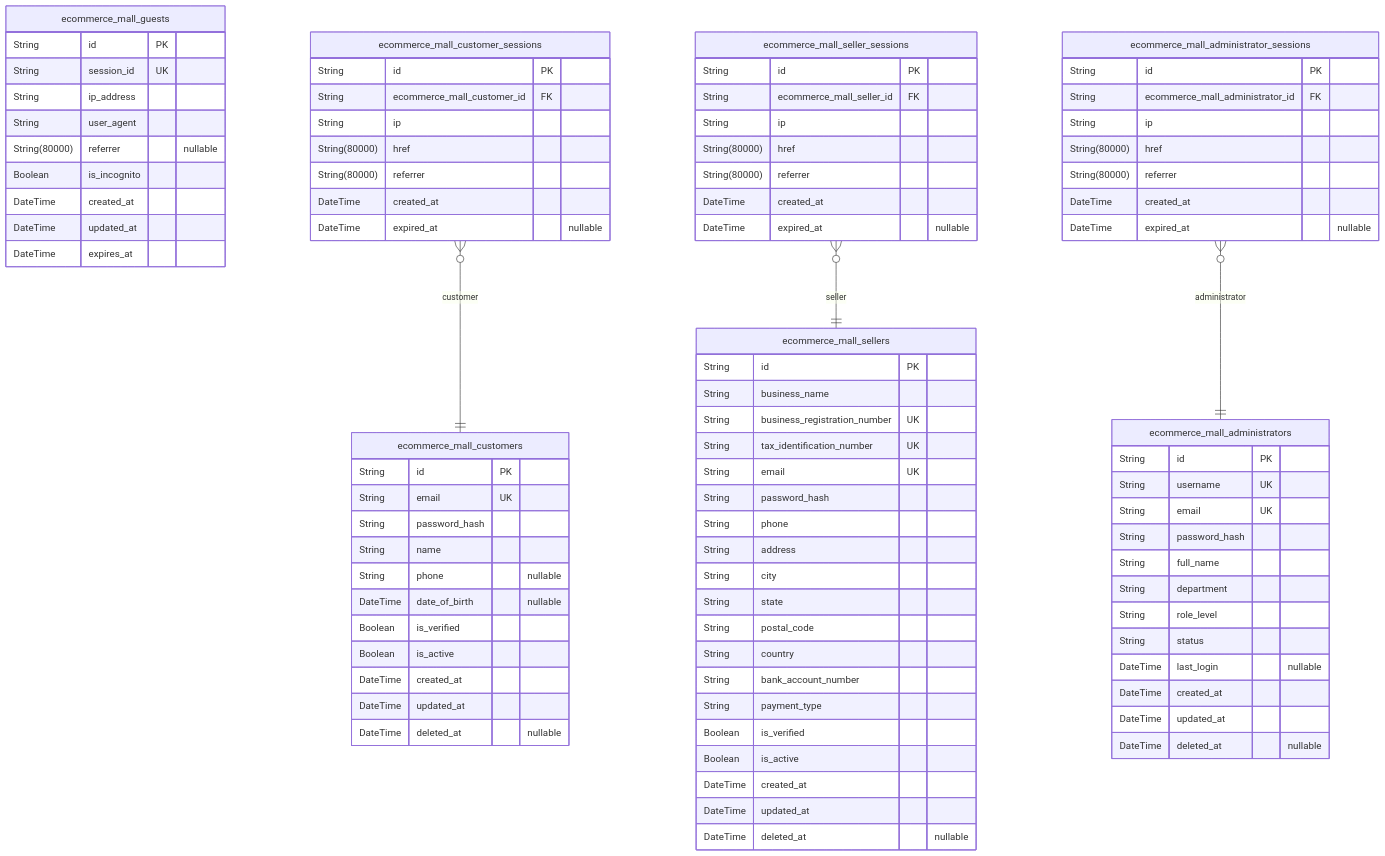
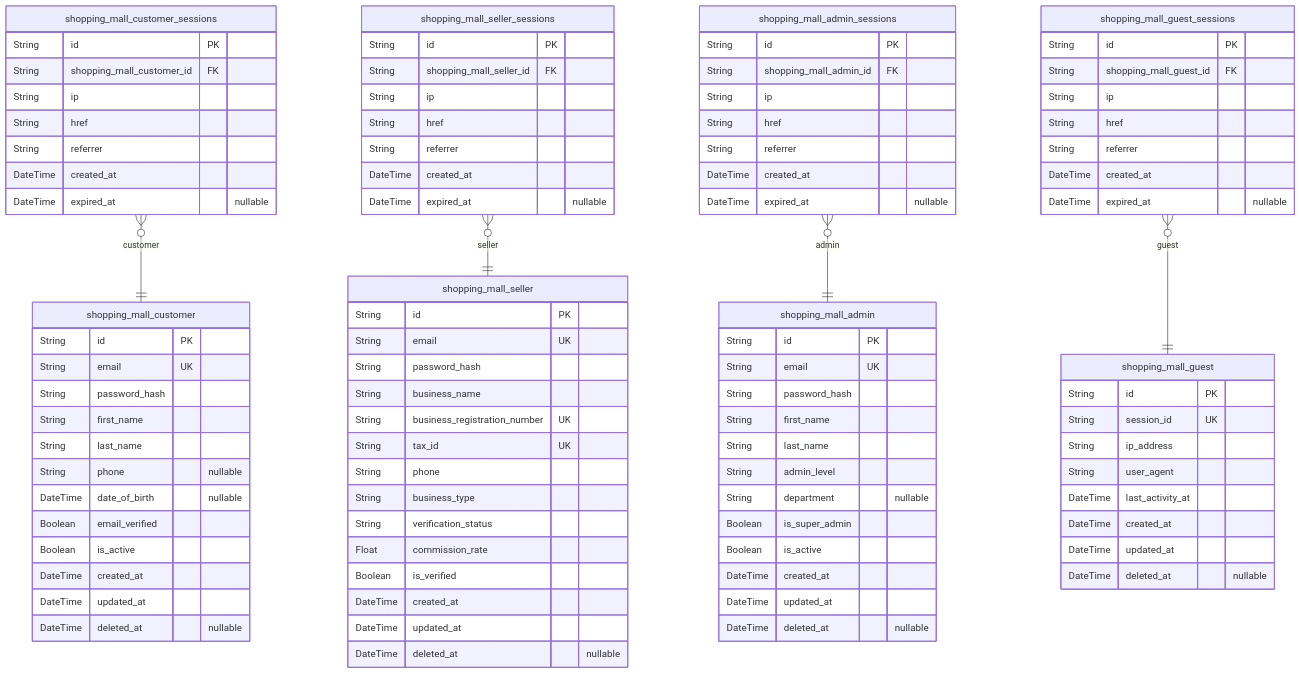
One commit to wrtnlabs/autobe-examples changed the second of 12 diagrams in moonshotai/kimi-k2-0905-exacto/shopping/docs/ERD.md. Above: the diagram before and after it, drawn with Mermaid. The commit also changed other lines of this file and 7173 other files, not shown here.

````diff
--- a/moonshotai/kimi-k2-0905-exacto/shopping/docs/ERD.md
+++ b/moonshotai/kimi-k2-0905-exacto/shopping/docs/ERD.md
@@ -291,92 +512,97 @@
 ```mermaid
 erDiagram
-"ecommerce_mall_customers" {
+"shopping_mall_customer" {
   String id PK
   String email UK
   String password_hash
-  String name
+  String first_name
+  String last_name
   String phone "nullable"
   DateTime date_of_birth "nullable"
-  Boolean is_verified
+  Boolean email_verified
   Boolean is_active
   DateTime created_at
   DateTime updated_at
   DateTime deleted_at "nullable"
 }
-"ecommerce_mall_sellers" {
+"shopping_mall_customer_sessions" {
   String id PK
+  String shopping_mall_customer_id FK
+  String ip
+  String href
+  String referrer
+  DateTime created_at
+  DateTime expired_at "nullable"
+}
+"shopping_mall_seller" {
+  String id PK
+  String email UK
+  String password_hash
   String business_name
   String business_registration_number UK
-  String tax_identification_number UK
+  String tax_id UK
+  String phone
+  String business_type
+  String verification_status
+  Float commission_rate
+  Boolean is_verified
+  DateTime created_at
+  DateTime updated_at
+  DateTime deleted_at "nullable"
+}
+"shopping_mall_seller_sessions" {
+  String id PK
+  String shopping_mall_seller_id FK
+  String ip
+  String href
+  String referrer
+  DateTime created_at
+  DateTime expired_at "nullable"
+}
+"shopping_mall_admin" {
+  String id PK
   String email UK
   String password_hash
-  String phone
-  String address
-  String city
-  String state
-  String postal_code
-  String country
-  String bank_account_number
-  String payment_type
-  Boolean is_verified
+  String first_name
+  String last_name
+  String admin_level
+  String department "nullable"
+  Boolean is_super_admin
   Boolean is_active
   DateTime created_at
   DateTime updated_at
   DateTime deleted_at "nullable"
 }
-"ecommerce_mall_administrators" {
+"shopping_mall_admin_sessions" {
   String id PK
-  String username UK
-  String email UK
-  String password_hash
-  String full_name
-  String department
-  String role_level
-  String status
-  DateTime last_login "nullable"
+  String shopping_mall_admin_id FK
+  String ip
+  String href
+  String referrer
+  DateTime created_at
+  DateTime expired_at "nullable"
+}
+"shopping_mall_guest" {
+  String id PK
+  String session_id UK
+  String ip_address
+  String user_agent
+  DateTime last_activity_at
   DateTime created_at
   DateTime updated_at
   DateTime deleted_at "nullable"
 }
-"ecommerce_mall_guests" {
+"shopping_mall_guest_sessions" {
   String id PK
-  String session_id UK
-  String ip_address
-  String user_agent
-  String(80000) referrer "nullable"
-  Boolean is_incognito
-  DateTime created_at
-  DateTime updated_at
-  DateTime expires_at
-}
-"ecommerce_mall_customer_sessions" {
-  String id PK
-  String ecommerce_mall_customer_id FK
+  String shopping_mall_guest_id FK
   String ip
-  String(80000) href
-  String(80000) referrer
+  String href
+  String referrer
   DateTime created_at
   DateTime expired_at "nullable"
 }
-"ecommerce_mall_seller_sessions" {
-  String id PK
-  String ecommerce_mall_seller_id FK
-  String ip
-  String(80000) href
-  String(80000) referrer
-  DateTime created_at
-  DateTime expired_at "nullable"
-}
-"ecommerce_mall_administrator_sessions" {
-  String id PK
-  String ecommerce_mall_administrator_id FK
-  String ip
-  String(80000) href
-  String(80000) referrer
-  DateTime created_at
-  DateTime expired_at "nullable"
-}
-"ecommerce_mall_customer_sessions" }o--|| "ecommerce_mall_customers" : customer
-"ecommerce_mall_seller_sessions" }o--|| "ecommerce_mall_sellers" : seller
-"ecommerce_mall_administrator_sessions" }o--|| "ecommerce_mall_administrators" : administrator
+"shopping_mall_customer_sessions" }o--|| "shopping_mall_customer" : customer
+"shopping_mall_seller_sessions" }o--|| "shopping_mall_seller" : seller
+"shopping_mall_admin_sessions" }o--|| "shopping_mall_admin" : admin
+"shopping_mall_guest_sessions" }o--|| "shopping_mall_guest" : guest
 ```
````
